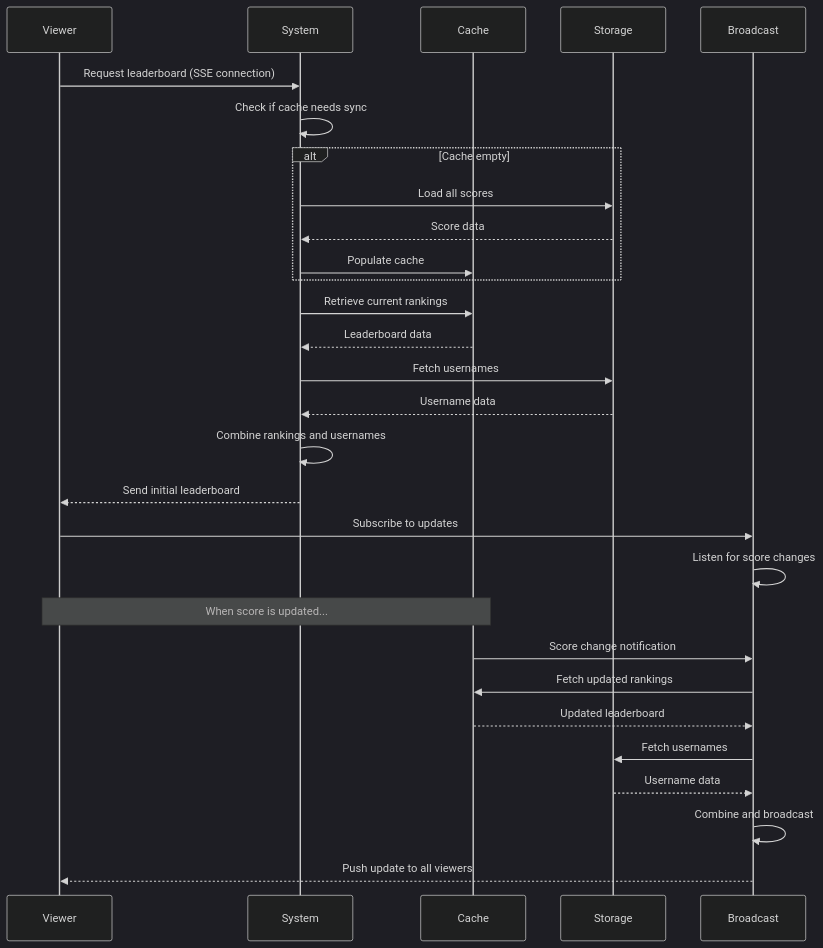
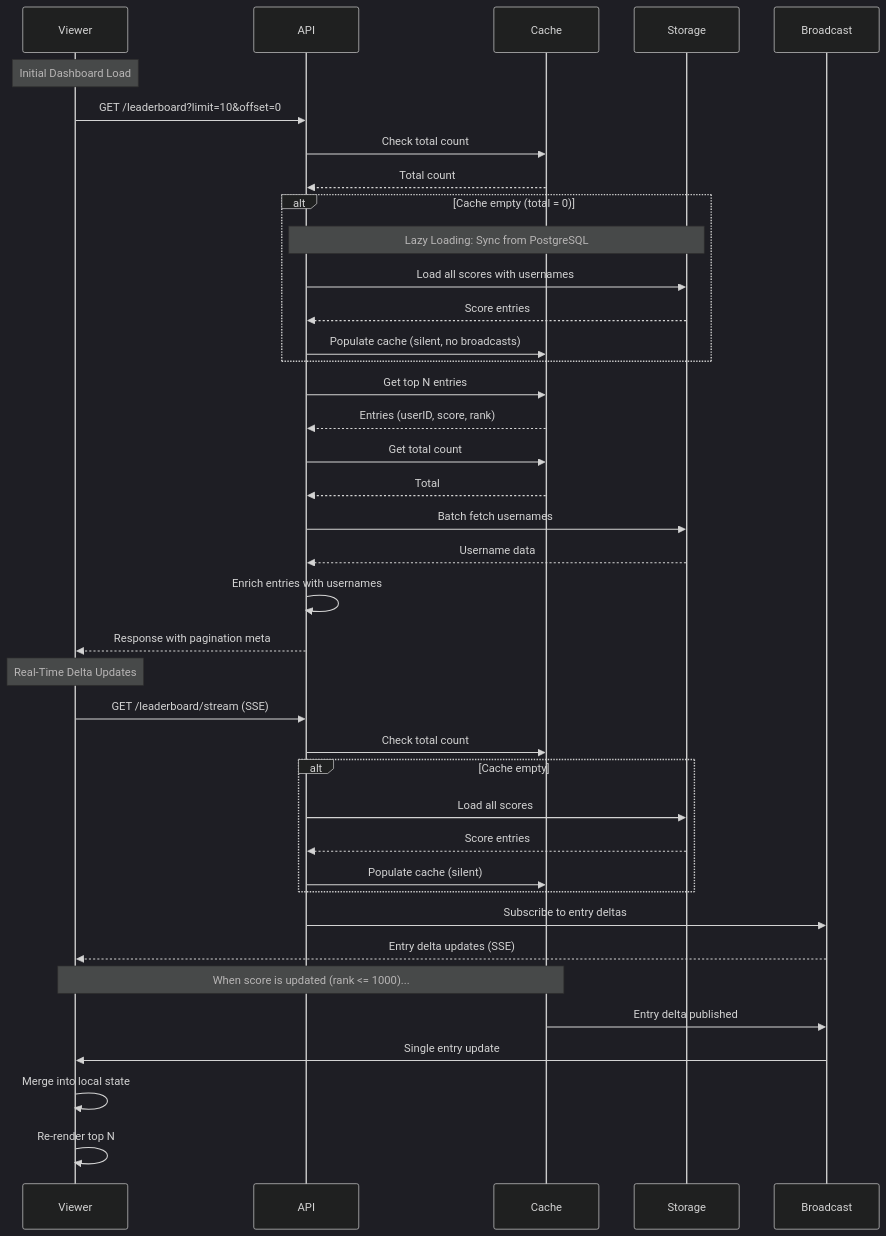
The fourth of 4 diagrams in docs/modules.md (nhatnam1507/real-time-leaderboard), drawn with Mermaid (dark theme) before and after one commit. The commit also changed other lines of this file and 49 other files, not shown here.

First line of the commit message:
Enhance leaderboard flow and add UT (#4)

````diff
--- a/docs/modules.md
+++ b/docs/modules.md
@@ -187,34 +172,44 @@
 ```mermaid
 sequenceDiagram
     participant Viewer
-    participant System
+    participant API
     participant Cache
     participant Storage
     participant Broadcast
     
-    Viewer->>System: Request leaderboard (SSE connection)
-    System->>System: Check if cache needs sync
+    Note over Viewer: Initial Dashboard Load
+    Viewer->>API: GET /leaderboard?limit=10&offset=0
+    API->>Cache: Check total count
+    Cache-->>API: Total count
+    alt Cache empty (total = 0)
+        Note over API,Storage: Lazy Loading: Sync from PostgreSQL
+        API->>Storage: Load all scores with usernames
+        Storage-->>API: Score entries
+        API->>Cache: Populate cache (silent, no broadcasts)
+    end
+    API->>Cache: Get top N entries
+    Cache-->>API: Entries (userID, score, rank)
+    API->>Cache: Get total count
+    Cache-->>API: Total
+    API->>Storage: Batch fetch usernames
+    Storage-->>API: Username data
+    API->>API: Enrich entries with usernames
+    API-->>Viewer: Response with pagination meta
+    
+    Note over Viewer: Real-Time Delta Updates
+    Viewer->>API: GET /leaderboard/stream (SSE)
+    API->>Cache: Check total count
     alt Cache empty
-        System->>Storage: Load all scores
-        Storage-->>System: Score data
-        System->>Cache: Populate cache
+        API->>Storage: Load all scores
+        Storage-->>API: Score entries
+        API->>Cache: Populate cache (silent)
     end
-    System->>Cache: Retrieve current rankings
-    Cache-->>System: Leaderboard data
-    System->>Storage: Fetch usernames
-    Storage-->>System: Username data
-    System->>System: Combine rankings and usernames
-    System-->>Viewer: Send initial leaderboard
+    API->>Broadcast: Subscribe to entry deltas
+    Broadcast-->>Viewer: Entry delta updates (SSE)
     
-    Viewer->>Broadcast: Subscribe to updates
-    Broadcast->>Broadcast: Listen for score changes
-    
-    Note over Cache,Viewer: When score is updated...
-    Cache->>Broadcast: Score change notification
-    Broadcast->>Cache: Fetch updated rankings
-    Cache-->>Broadcast: Updated leaderboard
-    Broadcast->>Storage: Fetch usernames
-    Storage-->>Broadcast: Username data
-    Broadcast->>Broadcast: Combine and broadcast
-    Broadcast-->>Viewer: Push update to all viewers
+    Note over Cache,Viewer: When score is updated (rank <= 1000)...
+    Cache->>Broadcast: Entry delta published
+    Broadcast->>Viewer: Single entry update
+    Viewer->>Viewer: Merge into local state
+    Viewer->>Viewer: Re-render top N
 ```
````
